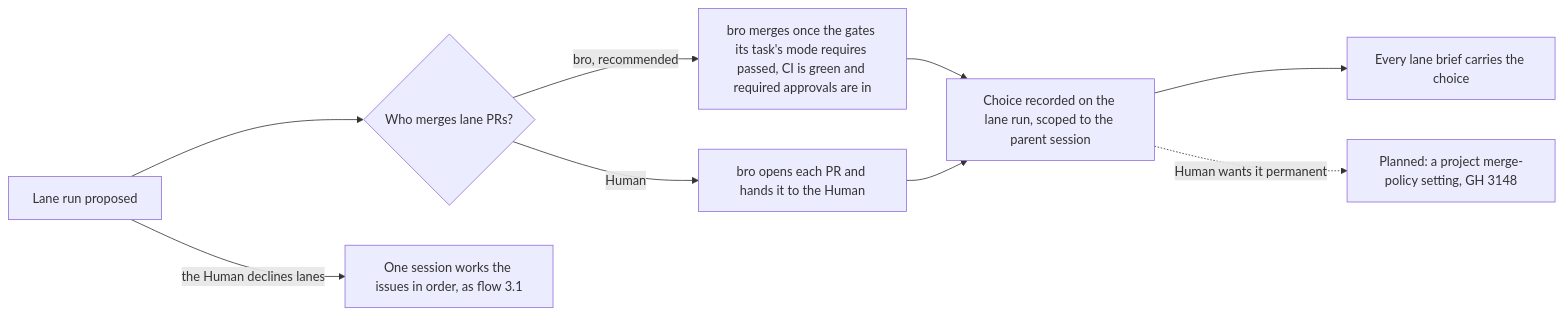
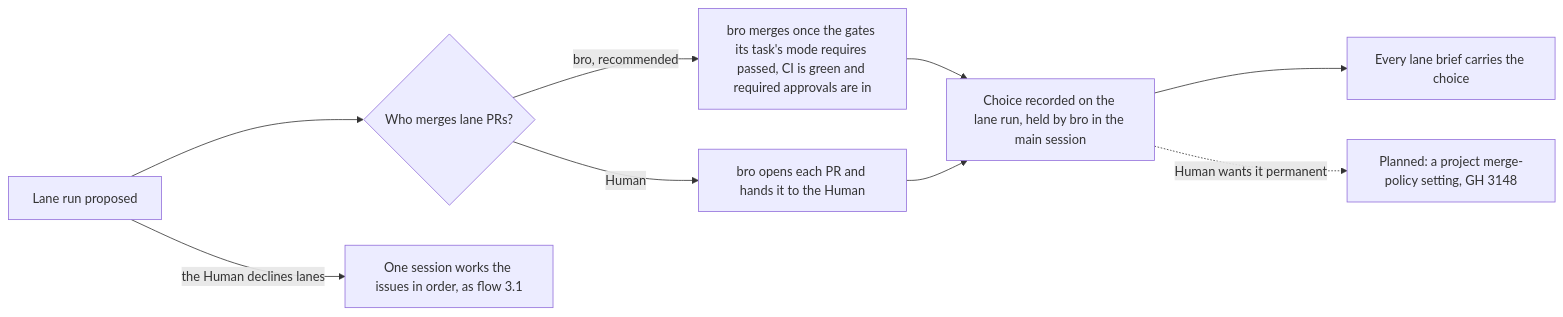
Before and after one commit to trustmybot/plugin: the first of 6 diagrams in docs/architecture/LANES.md, drawn with Mermaid. The commit also changed other lines of this file and 7 other files, not shown here.

Commit message:
📝 docs(architecture): apply the Human's review of bro's calls (GH 3260)

````diff
--- a/docs/architecture/LANES.md
+++ b/docs/architecture/LANES.md
@@ -31,11 +31,11 @@
 ```mermaid
 flowchart LR
     A[Lane run proposed] --> B{Who merges lane PRs?}
     A -- the Human declines lanes --> N[One session works the issues in order, as flow 3.1]
     B -- bro, recommended --> C[bro merges once the gates its task's mode requires passed, CI is green and required approvals are in]
     B -- Human --> D[bro opens each PR and hands it to the Human]
-    C --> E[Choice recorded on the lane run, scoped to the parent session]
+    C --> E[Choice recorded on the lane run, held by bro in the main session]
     D --> E
     E --> F[Every lane brief carries the choice]
     E -. Human wants it permanent .-> G[Planned: a project merge-policy setting, GH 3148]
 ```
````
